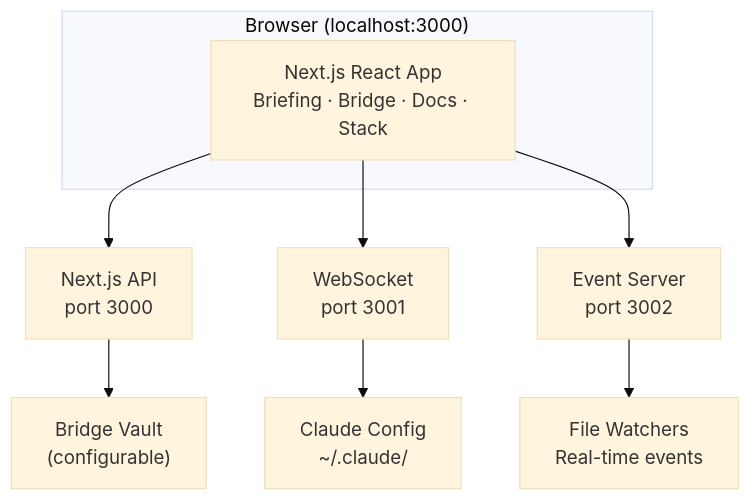
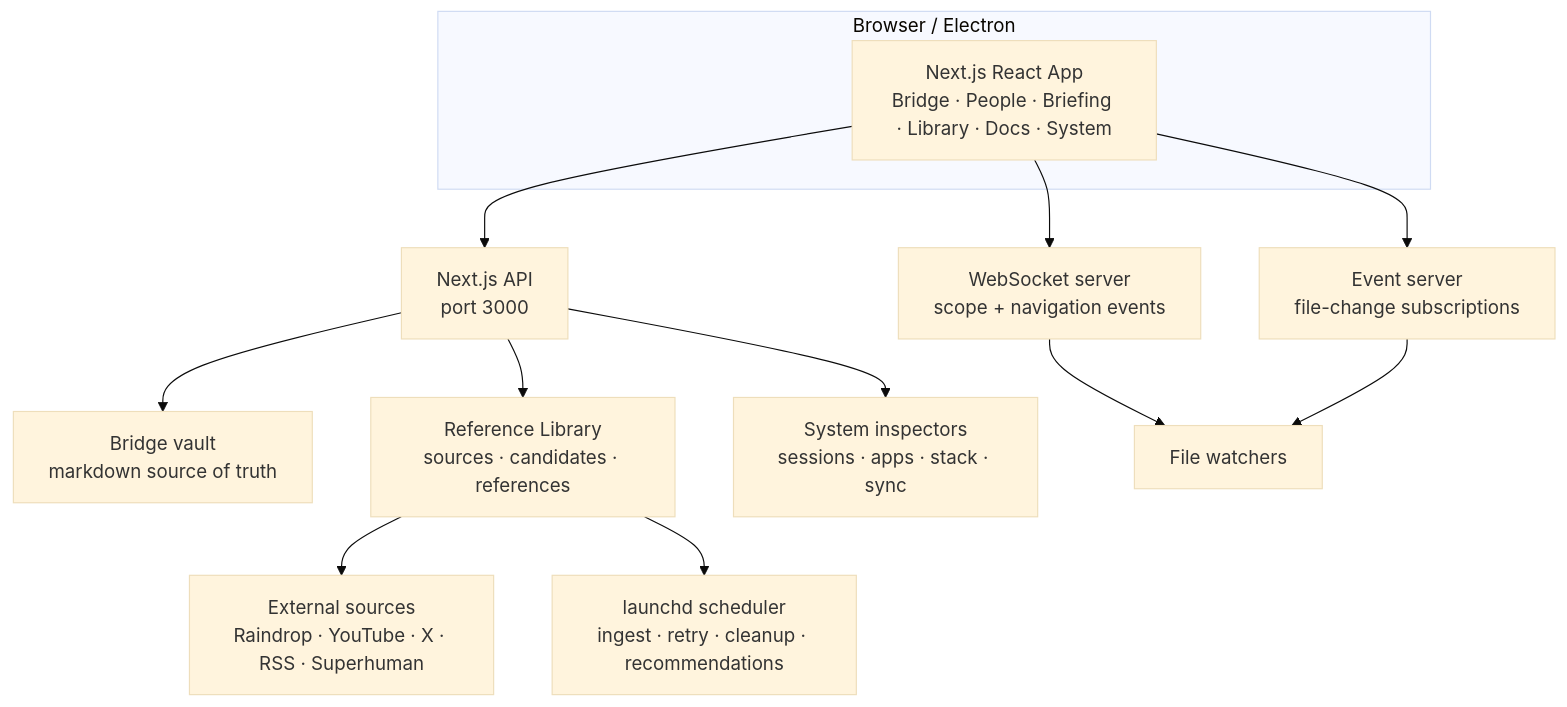
The diagram in README.md (jruck/hilt), drawn with Mermaid (base theme) before and after one commit. The commit also changed other lines of this file and 70 other files, not shown here.

Commit message:
Release Hilt 6 reference library

````diff
--- a/README.md
+++ b/README.md
@@ -183,14 +210,19 @@
 ```mermaid
 graph TD
-    subgraph Browser["Browser (localhost:3000)"]
-        App["Next.js React App<br/>Briefing · Bridge · Docs · Stack"]
+    subgraph Client["Browser / Electron"]
+        App["Next.js React App<br/>Bridge · People · Briefing · Library · Docs · System"]
     end
 
     App --> API["Next.js API<br/>port 3000"]
-    App --> WS["WebSocket<br/>port 3001"]
-    App --> Events["Event Server<br/>port 3002"]
+    App --> WS["WebSocket server<br/>scope + navigation events"]
+    App --> Events["Event server<br/>file-change subscriptions"]
 
-    API --> Vault["Bridge Vault<br/>(configurable)"]
-    WS --> Config["Claude Config<br/>~/.claude/"]
-    Events --> Watchers["File Watchers<br/>Real-time events"]
+    API --> Vault["Bridge vault<br/>markdown source of truth"]
+    API --> Library["Reference Library<br/>sources · candidates · references"]
+    API --> System["System inspectors<br/>sessions · apps · stack · sync"]
+    WS --> Watchers["File watchers"]
+    Events --> Watchers
+
+    Library --> Sources["External sources<br/>Raindrop · YouTube · X · RSS · Superhuman"]
+    Library --> Scheduler["launchd scheduler<br/>ingest · retry · cleanup · recommendations"]
 ```
````
